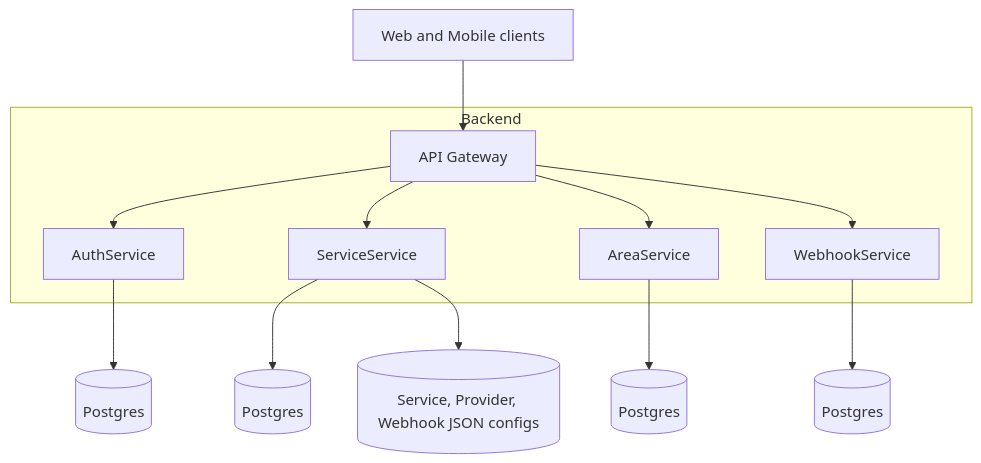
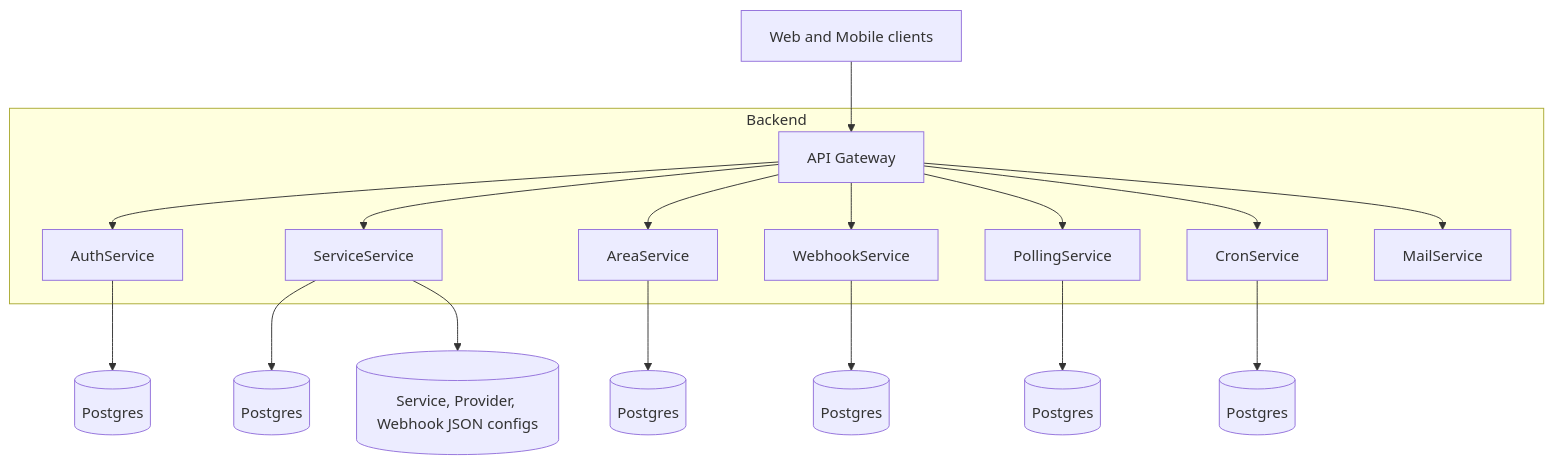
Before and after one commit to raphael-guer1n/AREA: the first of 4 diagrams in Backend/ARCHITECTURE.md, drawn with Mermaid. The commit also changed other lines of this file and 16 other files, not shown here.

Commit message:
feat (documentation) add diagrams and readme for news services & update other documentation

````diff
--- a/Backend/ARCHITECTURE.md
+++ b/Backend/ARCHITECTURE.md
@@ -6,21 +6,29 @@
 ```mermaid
 flowchart TB
   Client[Web and Mobile clients]
   subgraph Backend
     Gateway[API Gateway]
     Auth[AuthService]
     Services[ServiceService]
     Area[AreaService]
     Webhooks[WebhookService]
+    Polling[PollingService]
+    Cron[CronService]
+    Mail[MailService]
   end
   Client --> Gateway
   Gateway --> Auth
   Gateway --> Services
   Gateway --> Area
   Gateway --> Webhooks
+  Gateway --> Polling
+  Gateway --> Cron
+  Gateway --> Mail
   Auth --> AuthDB[(Postgres)]
   Services --> ServicesDB[(Postgres)]
   Area --> AreaDB[(Postgres)]
   Webhooks --> WebhooksDB[(Postgres)]
+  Polling --> PollingDB[(Postgres)]
+  Cron --> CronDB[(Postgres)]
   Services --> Configs[(Service, Provider, Webhook JSON configs)]
 ```
````
